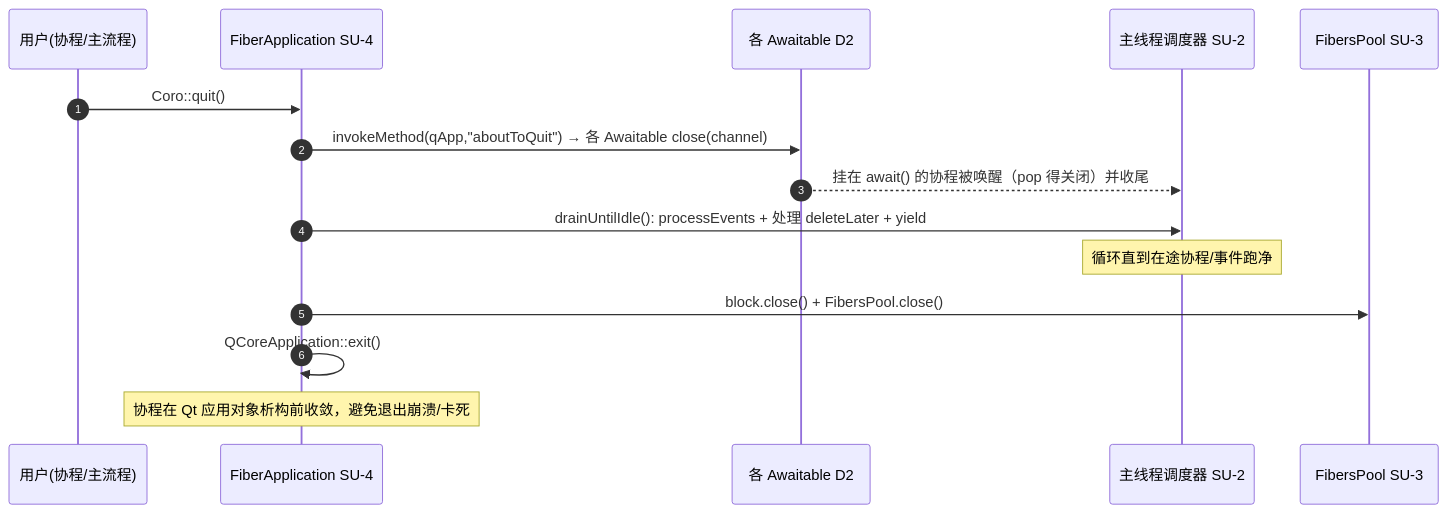
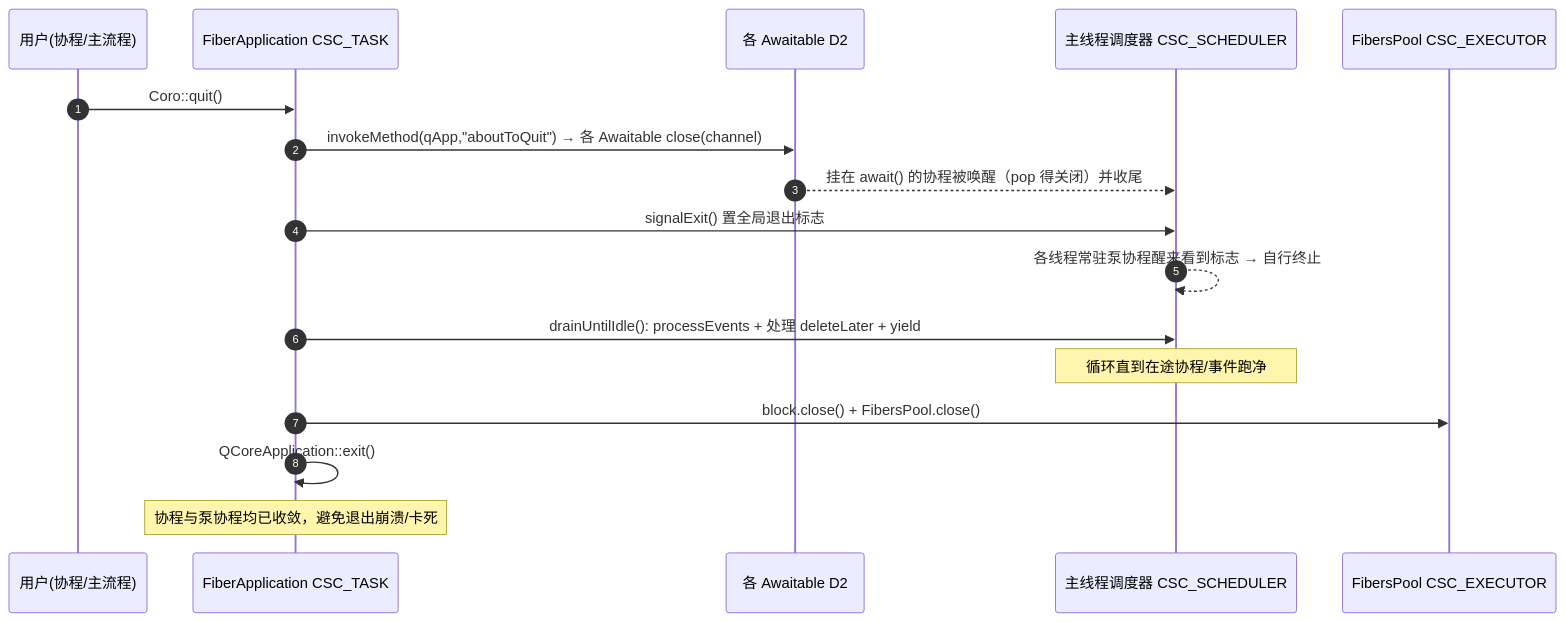
Diagram 13 of 16 in doc/软件设计说明.md (Ste7an-cs/AsyncTask), drawn with Mermaid before and after one commit. The commit also changed other lines of this file, not shown here.

First line of the commit message:
docs(sdd): 按新模板重新生成软件设计说明，标识符改为 CSC/MS/JK/CSU 体系

````diff
--- a/doc/软件设计说明.md
+++ b/doc/软件设计说明.md
@@ -496,18 +514,20 @@
 ```mermaid
 sequenceDiagram
     autonumber
     participant U as 用户(协程/主流程)
-    participant App as FiberApplication SU-4
+    participant App as FiberApplication CSC_TASK
     participant AW as 各 Awaitable D2
-    participant Sch as 主线程调度器 SU-2
-    participant Pool as FibersPool SU-3
+    participant Sch as 主线程调度器 CSC_SCHEDULER
+    participant Pool as FibersPool CSC_EXECUTOR
 
     U->>App: Coro::quit()
     App->>AW: invokeMethod(qApp,"aboutToQuit") → 各 Awaitable close(channel)
     AW-->>Sch: 挂在 await() 的协程被唤醒（pop 得关闭）并收尾
+    App->>Sch: signalExit() 置全局退出标志
+    Sch-->>Sch: 各线程常驻泵协程醒来看到标志 → 自行终止
     App->>Sch: drainUntilIdle(): processEvents + 处理 deleteLater + yield
     Note over Sch: 循环直到在途协程/事件跑净
     App->>Pool: block.close() + FibersPool.close()
     App->>App: QCoreApplication::exit()
-    Note over App: 协程在 Qt 应用对象析构前收敛，避免退出崩溃/卡死
+    Note over App: 协程与泵协程均已收敛，避免退出崩溃/卡死
 ```
````
